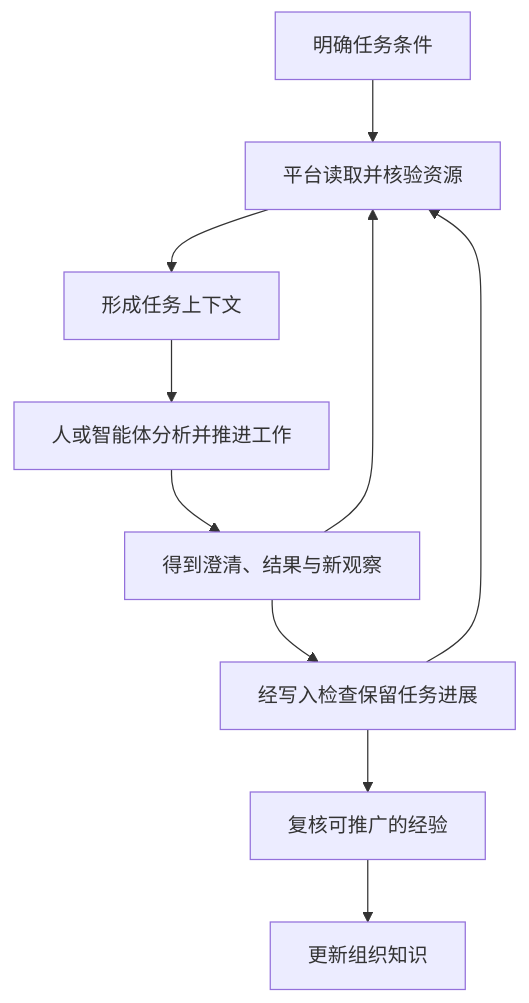
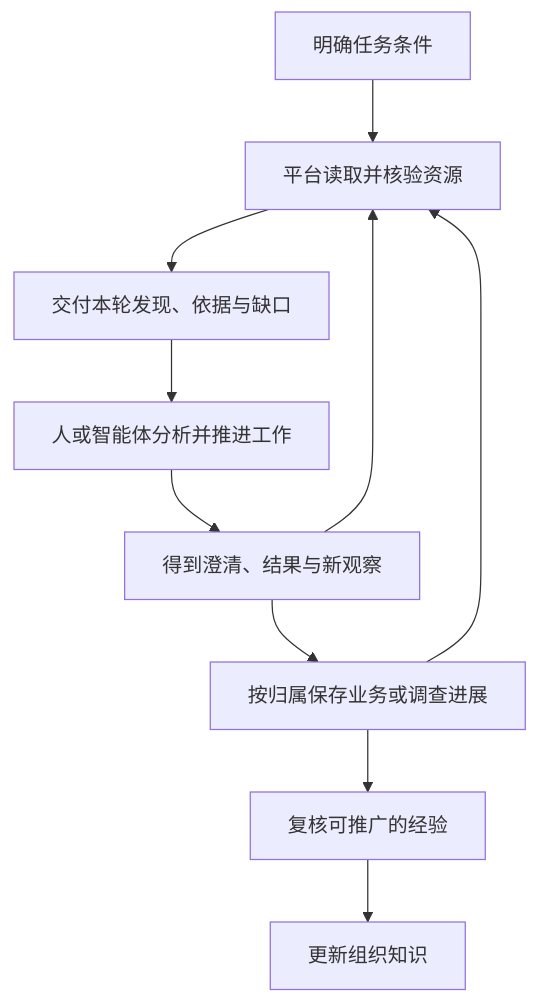
One commit to LENSHOOD/enterprise-context-book changed the fourth of 5 diagrams in book/part-1/chapter-03.md. Above: the diagram before and after it, drawn with Mermaid. The commit also changed other lines of this file and 56 other files, not shown here.

````diff
--- a/book/part-1/chapter-03.md
+++ b/book/part-1/chapter-03.md
@@ -250,12 +274,12 @@
 ```mermaid
 flowchart TB
   Q[明确任务条件] --> P[平台读取并核验资源]
-  P --> C[形成任务上下文]
+  P --> C[交付本轮发现、依据与缺口]
   C --> A[人或智能体分析并推进工作]
   A --> F[得到澄清、结果与新观察]
   F --> P
-  F --> M[经写入检查保留任务进展]
+  F --> M[按归属保存业务或调查进展]
   M --> P
   M --> K[复核可推广的经验]
   K --> R[更新组织知识]
 ```
````
